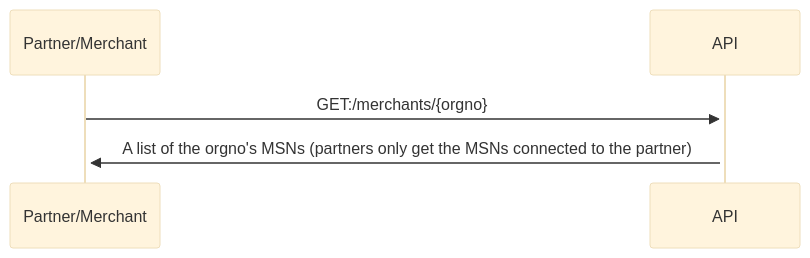
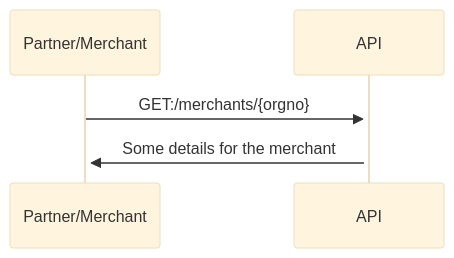
One commit to vippsas/management-api changed the first of 3 diagrams in management-api-guide.md. Above: the diagram before and after it, drawn with Mermaid (base theme). The commit also changed other lines of this file and 1 other file, not shown here.

Commit message:
Wide-ranging GETs for partners, CI-1956

````diff
--- a/management-api-guide.md
+++ b/management-api-guide.md
@@ -44,5 +51,5 @@
 ```mermaid
 sequenceDiagram
     Partner/Merchant->>+API: GET:/merchants/{orgno}
-    API->>+Partner/Merchant: A list of the orgno's MSNs (partners only get the MSNs connected to the partner)
+    API->>+Partner/Merchant: Some details for the merchant
 ```
````
